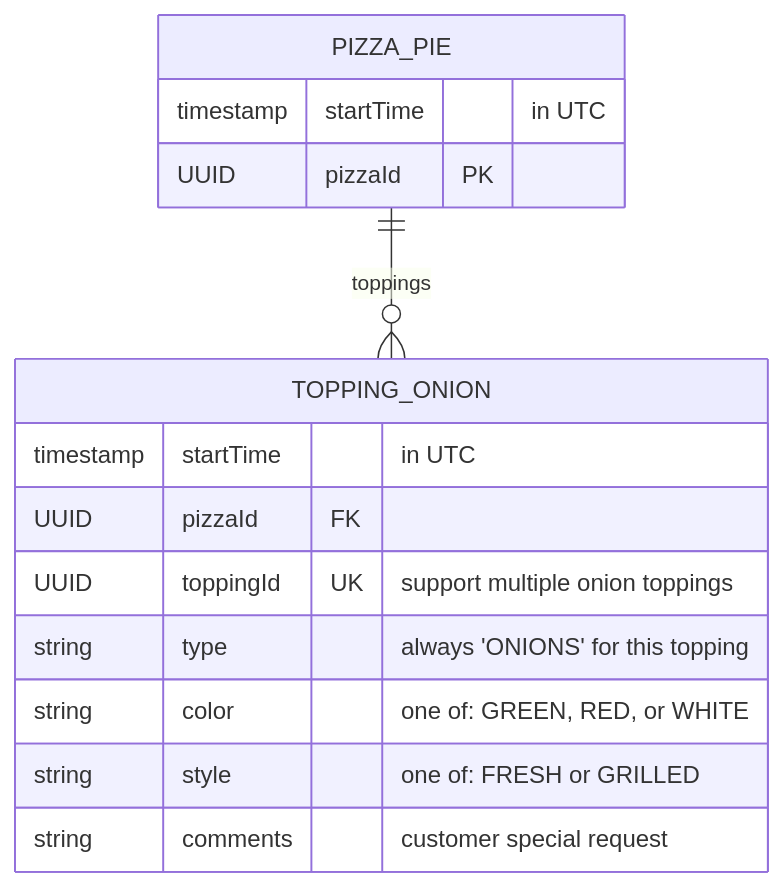
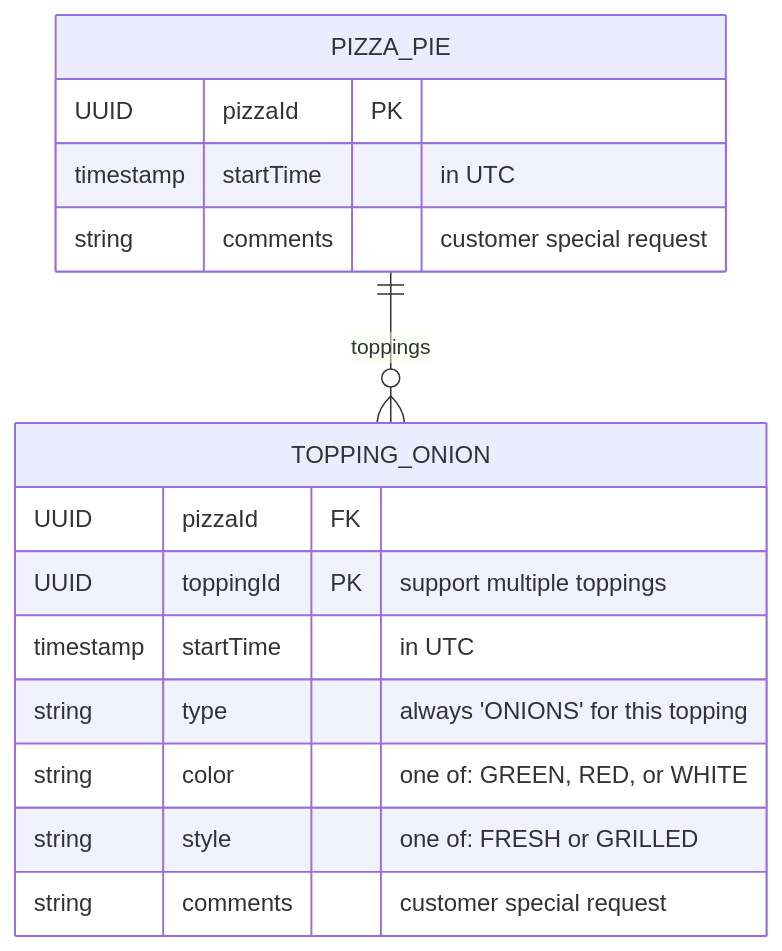
One commit to SruthiKorembathe/CICDImplementation changed the sixth of 6 diagrams in Examples-of-diagramming.md. Above: the diagram before and after it, drawn with Mermaid. The commit also changed other lines of this file, not shown here.

````diff
--- a/Examples-of-diagramming.md
+++ b/Examples-of-diagramming.md
@@ -120,19 +117,20 @@
 ```mermaid
 erDiagram
   PIZZA_PIE {
+    UUID pizzaId PK
     timestamp startTime "in UTC"
-    UUID pizzaId PK
+    string comments "customer special request"
   }
 
   TOPPING_ONION {
+    UUID pizzaId FK
+    UUID toppingId PK "support multiple toppings"
     timestamp startTime "in UTC"
-    UUID pizzaId FK
-    UUID toppingId UK "support multiple onion toppings"
     string type "always 'ONIONS' for this topping"
     string color "one of: GREEN, RED, or WHITE"
     string style "one of: FRESH or GRILLED"
     string comments "customer special request"
   }
 
   PIZZA_PIE ||--o{ TOPPING_ONION: toppings
 ```
````
